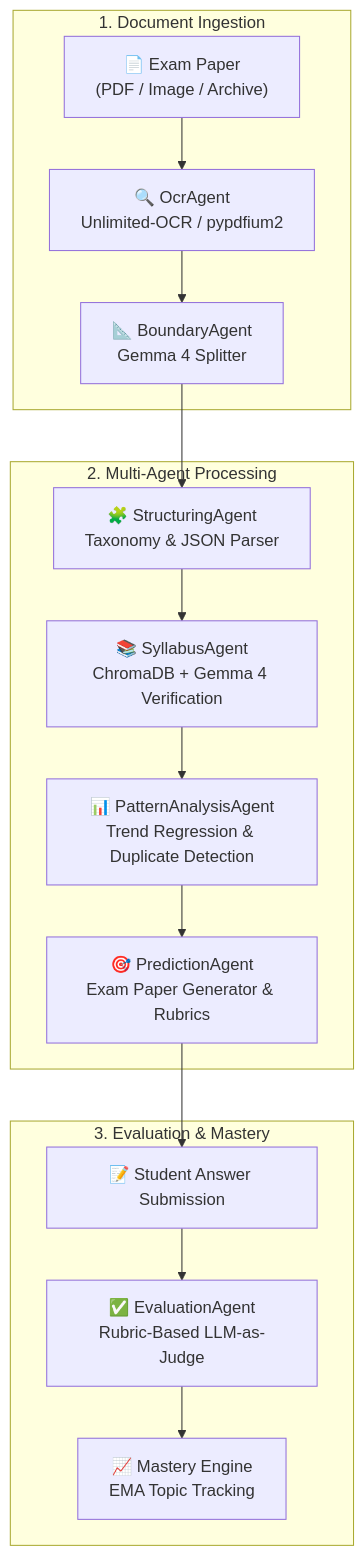
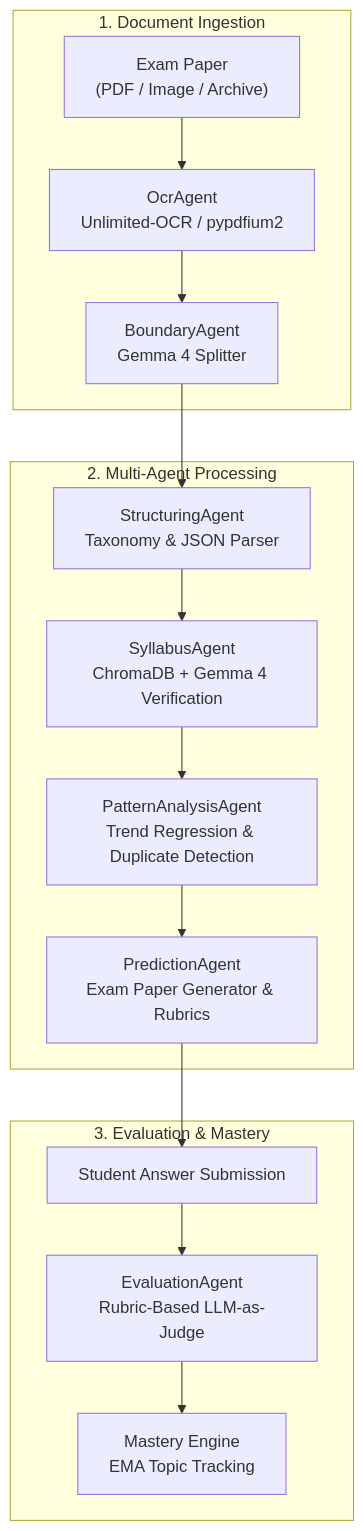
Before and after one commit to Arsha82/exam-analytics-ai: the diagram in README.md, drawn with Mermaid. The commit also changed other lines of this file, not shown here.

````diff
--- a/README.md
+++ b/README.md
@@ -23,20 +23,20 @@
 ```mermaid
 flowchart TD
     subgraph Ingestion ["1. Document Ingestion"]
-        A["📄 Exam Paper<br/>(PDF / Image / Archive)"] --> B["🔍 OcrAgent<br/>Unlimited-OCR / pypdfium2"]
-        B --> B2["📐 BoundaryAgent<br/>Gemma 4 Splitter"]
+        A["Exam Paper<br/>(PDF / Image / Archive)"] --> B["OcrAgent<br/>Unlimited-OCR / pypdfium2"]
+        B --> B2["BoundaryAgent<br/>Gemma 4 Splitter"]
     end
 
     subgraph Intelligence ["2. Multi-Agent Processing"]
-        B2 --> C["🧩 StructuringAgent<br/>Taxonomy & JSON Parser"]
-        C --> D["📚 SyllabusAgent<br/>ChromaDB + Gemma 4 Verification"]
-        D --> E["📊 PatternAnalysisAgent<br/>Trend Regression & Duplicate Detection"]
-        E --> F["🎯 PredictionAgent<br/>Exam Paper Generator & Rubrics"]
+        B2 --> C["StructuringAgent<br/>Taxonomy & JSON Parser"]
+        C --> D["SyllabusAgent<br/>ChromaDB + Gemma 4 Verification"]
+        D --> E["PatternAnalysisAgent<br/>Trend Regression & Duplicate Detection"]
+        E --> F["PredictionAgent<br/>Exam Paper Generator & Rubrics"]
     end
 
     subgraph Assessment ["3. Evaluation & Mastery"]
-        F --> G["📝 Student Answer Submission"]
-        G --> H["✅ EvaluationAgent<br/>Rubric-Based LLM-as-Judge"]
-        H --> I["📈 Mastery Engine<br/>EMA Topic Tracking"]
+        F --> G["Student Answer Submission"]
+        G --> H["EvaluationAgent<br/>Rubric-Based LLM-as-Judge"]
+        H --> I["Mastery Engine<br/>EMA Topic Tracking"]
     end
 ```
````
